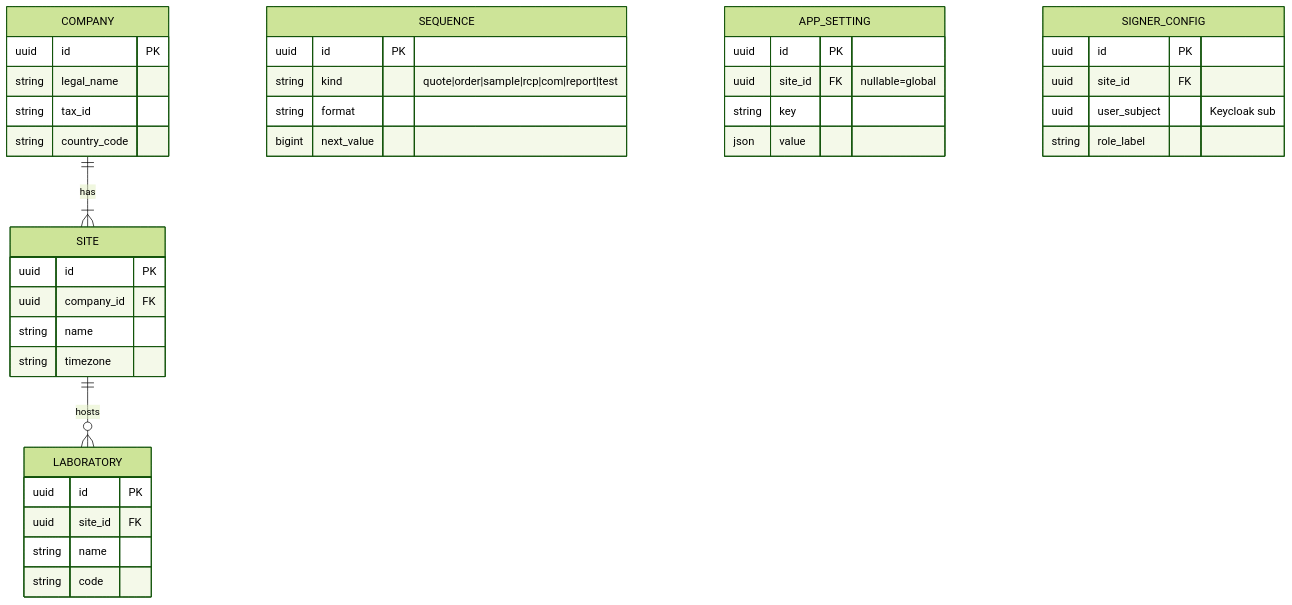
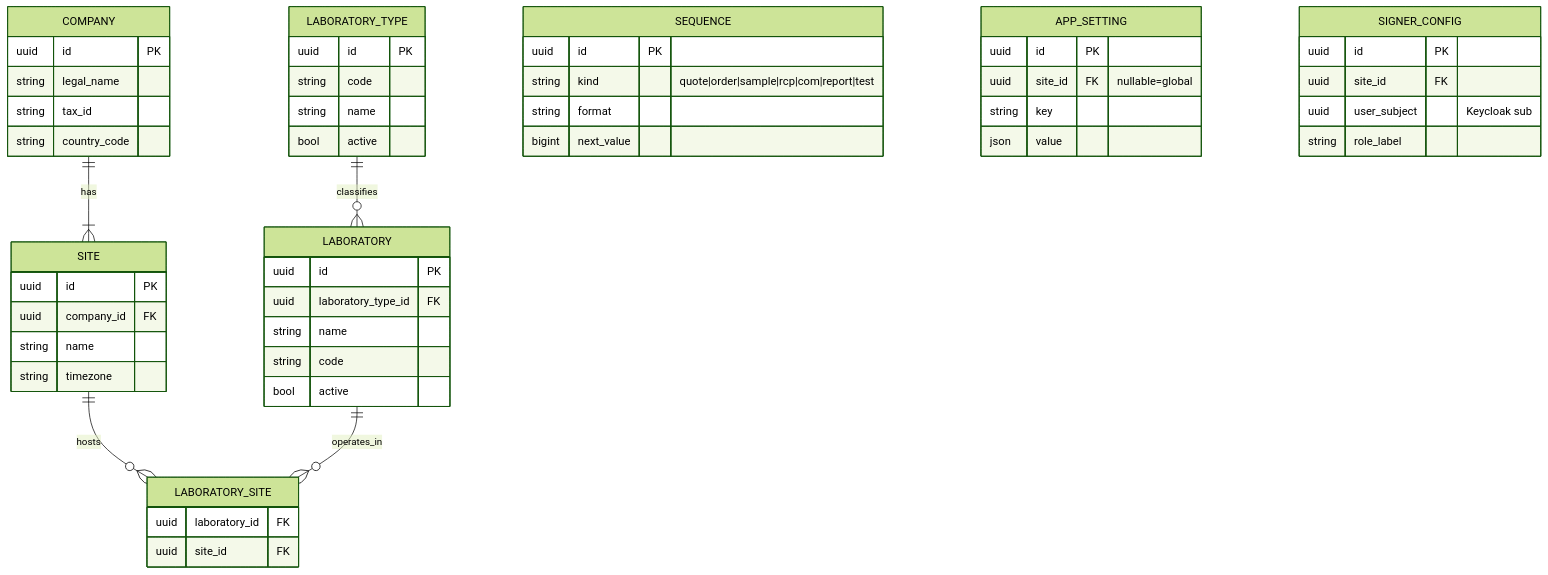
The second of 11 diagrams in docs/domain-er-model.md (javiortizmol/labsmyg-core-api), drawn with Mermaid (forest theme) before and after one commit. The commit also changed other lines of this file and 30 other files, not shown here.

````diff
--- a/docs/domain-er-model.md
+++ b/docs/domain-er-model.md
@@ -44,41 +44,54 @@
 ```mermaid
 erDiagram
   COMPANY ||--|{ SITE : has
-  SITE ||--o{ LABORATORY : hosts
+  SITE ||--o{ LABORATORY_SITE : hosts
+  LABORATORY ||--o{ LABORATORY_SITE : operates_in
+  LABORATORY_TYPE ||--o{ LABORATORY : classifies
   SEQUENCE {
     uuid id PK
     string kind "quote|order|sample|rcp|com|report|test"
     string format
     bigint next_value
   }
   COMPANY {
     uuid id PK
     string legal_name
     string tax_id
     string country_code
   }
   SITE {
     uuid id PK
     uuid company_id FK
     string name
     string timezone
   }
+  LABORATORY_TYPE {
+    uuid id PK
+    string code
+    string name
+    bool active
+  }
   LABORATORY {
     uuid id PK
-    uuid site_id FK
+    uuid laboratory_type_id FK
     string name
     string code
+    bool active
+  }
+  LABORATORY_SITE {
+    uuid laboratory_id FK
+    uuid site_id FK
   }
   APP_SETTING {
     uuid id PK
     uuid site_id FK "nullable=global"
     string key
     json value
   }
   SIGNER_CONFIG {
     uuid id PK
     uuid site_id FK
     uuid user_subject "Keycloak sub"
     string role_label
   }
 ```
````
